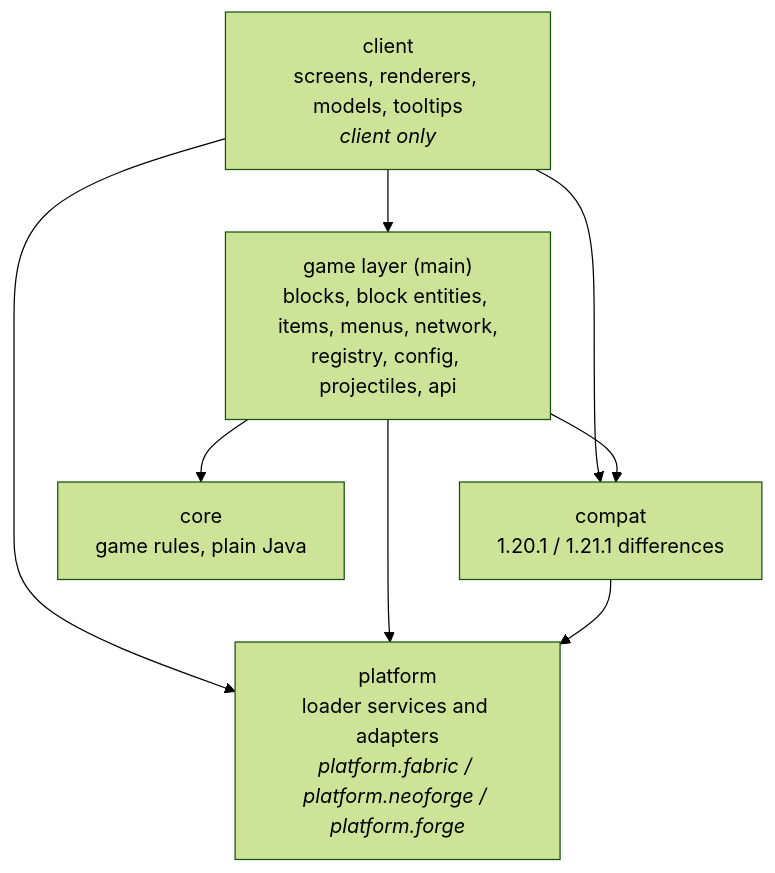
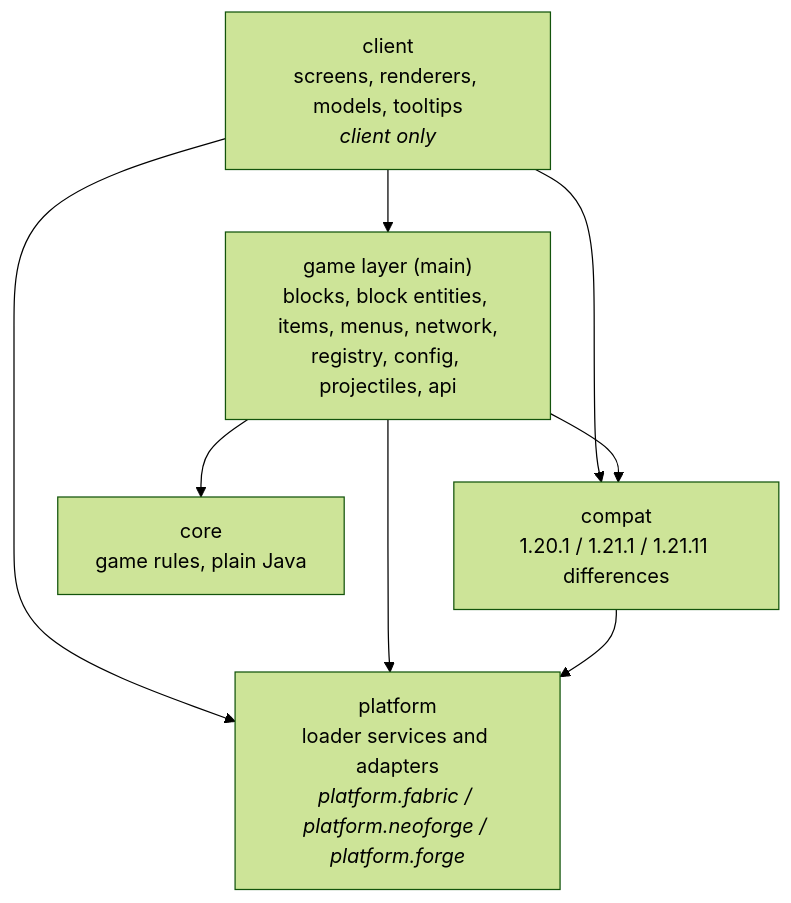
The diagram in docs/architecture.md (OpenModularTurretsTeam/OpenModularTurrets), drawn with Mermaid (forest theme) before and after one commit. The commit also changed other lines of this file and 10 other files, not shown here.

````diff
--- a/docs/architecture.md
+++ b/docs/architecture.md
@@ -19,15 +19,15 @@
 ```mermaid
 flowchart TB
     client["client<br/>screens, renderers, models, tooltips<br/><i>client only</i>"]
     game["game layer (main)<br/>blocks, block entities, items, menus, network,<br/>registry, config, projectiles, api"]
-    compat["compat<br/>1.20.1 / 1.21.1 differences"]
+    compat["compat<br/>1.20.1 / 1.21.1 / 1.21.11 differences"]
     platform["platform<br/>loader services and adapters<br/><i>platform.fabric / platform.neoforge / platform.forge</i>"]
     core["core<br/>game rules, plain Java"]
     client --> game
     client --> compat
     client --> platform
     game --> compat
     game --> platform
     compat --> platform
     game --> core
 ```
````
